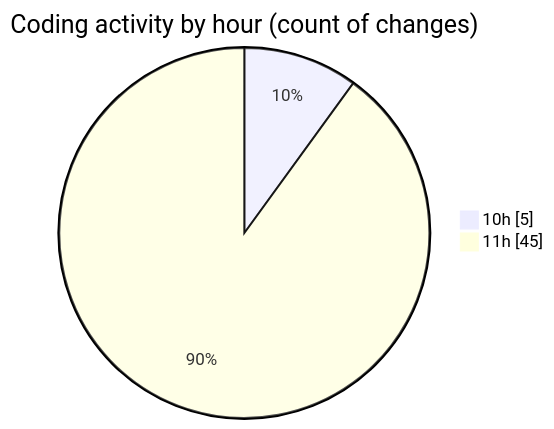
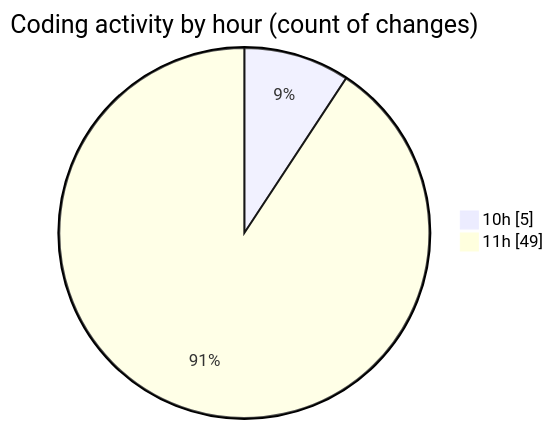
The second of 2 diagrams in 2025-06-17/cda/README.md (momahboobian/code-tracking), drawn with Mermaid before and after one commit. The commit also changed other lines of this file and 1 other file, not shown here.

````diff
--- a/2025-06-17/cda/README.md
+++ b/2025-06-17/cda/README.md
@@ -29,6 +29,6 @@
 ```mermaid
 pie showData
 title Coding activity by hour (count of changes)
 "10h" : 5
-"11h" : 45
+"11h" : 49
 ```
````
